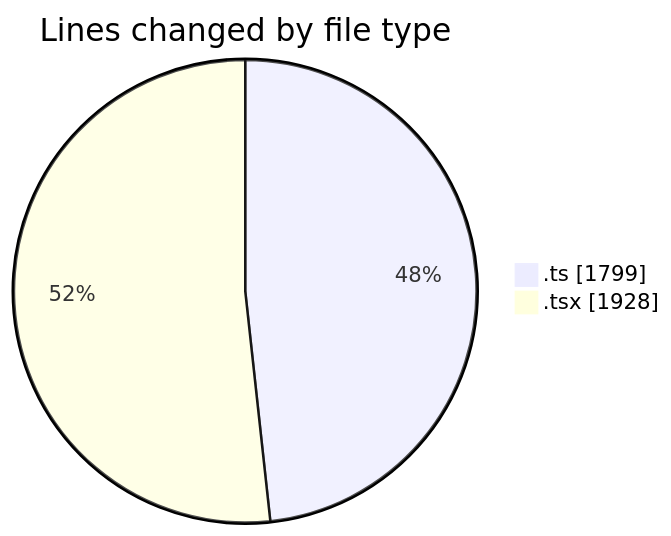
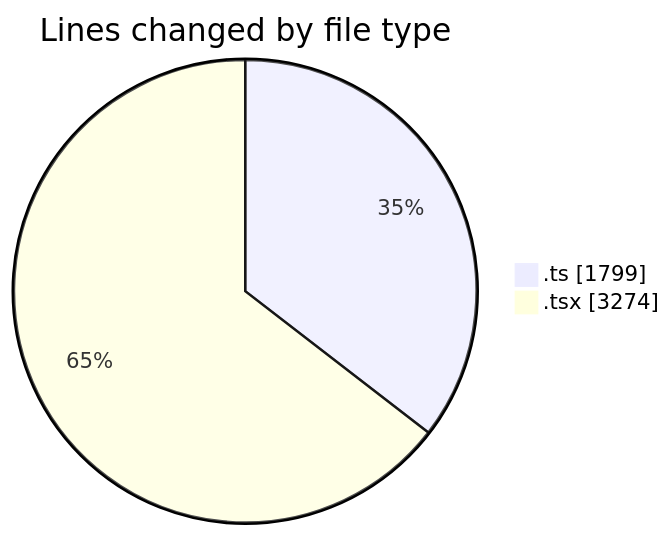
One commit to momahboobian/code-tracking changed the first of 2 diagrams in 2025-07-01/cda/README.md. Above: the diagram before and after it, drawn with Mermaid. The commit also changed other lines of this file and 1 other file, not shown here.

````diff
--- a/2025-07-01/cda/README.md
+++ b/2025-07-01/cda/README.md
@@ -31,6 +33,6 @@
 ```mermaid
 pie showData
 title Lines changed by file type
 ".ts" : 1799
-".tsx" : 1928
+".tsx" : 3274
 ```
````
